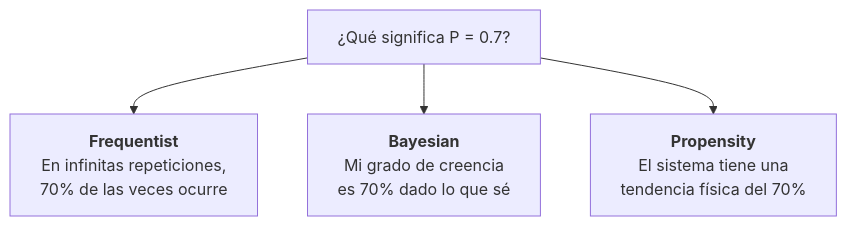
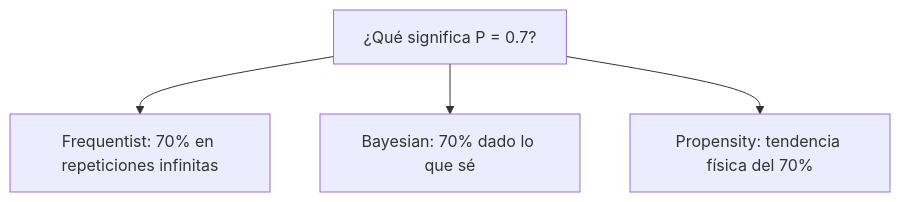
One commit to KarolCisneros/ia_p26 changed the diagram in clase/08_prediccion/03_incertidumbre_y_objetivo.md. Above: the diagram before and after it, drawn with Mermaid. The commit also changed other lines of this file and 16 other files, not shown here.

````diff
--- a/clase/08_prediccion/03_incertidumbre_y_objetivo.md
+++ b/clase/08_prediccion/03_incertidumbre_y_objetivo.md
@@ -29,7 +29,7 @@
 ```mermaid
 flowchart TD
     Q["¿Qué significa P = 0.7?"]
-    Q --> F["<b>Frequentist</b><br/>En infinitas repeticiones,<br/>70% de las veces ocurre"]
-    Q --> B["<b>Bayesian</b><br/>Mi grado de creencia<br/>es 70% dado lo que sé"]
-    Q --> P["<b>Propensity</b><br/>El sistema tiene una<br/>tendencia física del 70%"]
+    Q --> F["Frequentist: 70% en repeticiones infinitas"]
+    Q --> B["Bayesian: 70% dado lo que sé"]
+    Q --> P["Propensity: tendencia física del 70%"]
 ```
````
